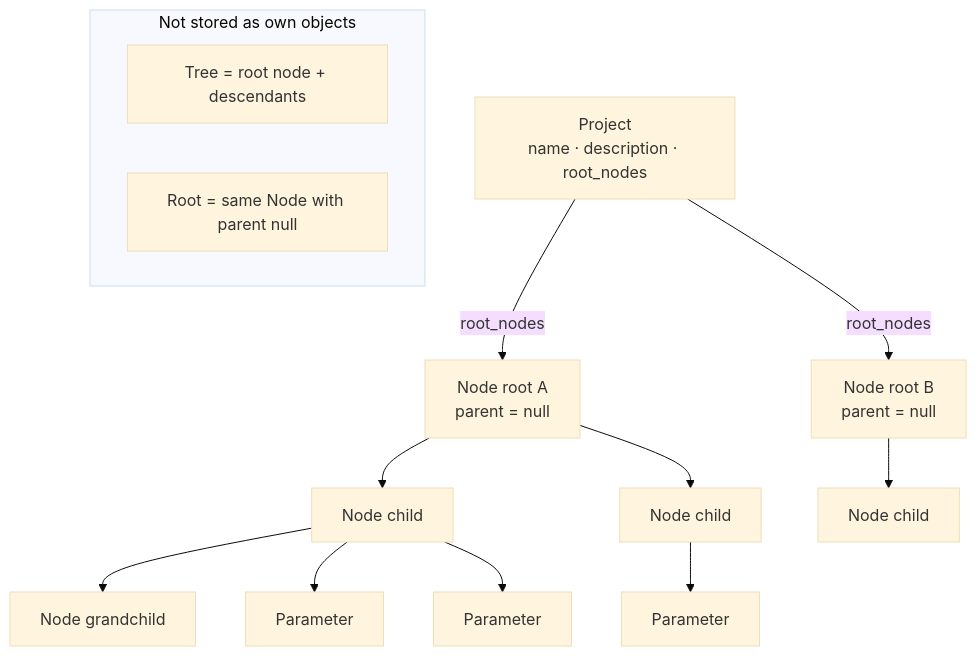
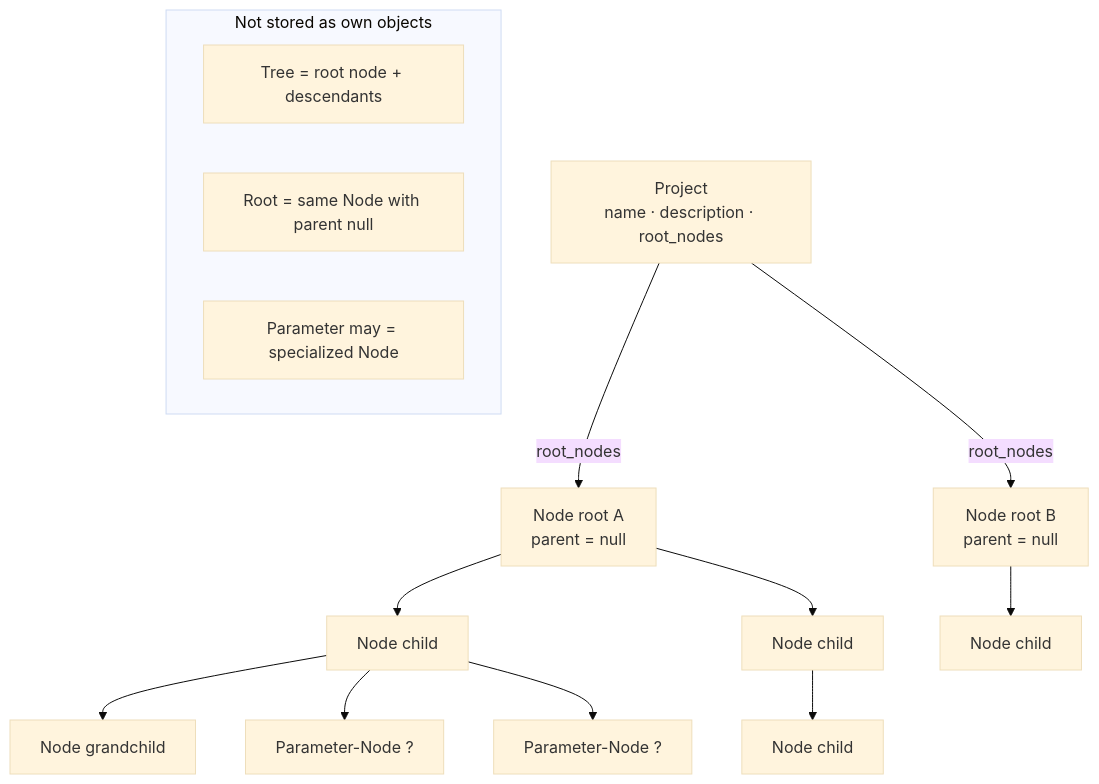
Before and after one commit to sfambach/wp-taxonomy-modeler: the second of 5 diagrams in docs/plans/data-structure.md, drawn with Mermaid (base theme). The commit also changed other lines of this file and 5 other files, not shown here.

First line of the commit message:
docs: lean toward Parameter as specialized Node

````diff
--- a/docs/plans/data-structure.md
+++ b/docs/plans/data-structure.md
@@ -172,21 +173,22 @@
 ```mermaid
 flowchart TB
   PR["Project<br/>name · description · root_nodes"]
 
   PR -->|root_nodes| R1["Node root A<br/>parent = null"]
   PR -->|root_nodes| R2["Node root B<br/>parent = null"]
 
   R1 --> C1["Node child"]
   R1 --> C2["Node child"]
   C1 --> G1["Node grandchild"]
   R2 --> C3["Node child"]
 
-  C1 --> P1[Parameter]
-  C1 --> P2[Parameter]
-  C2 --> P3[Parameter]
+  C1 --> P1["Parameter-Node ?"]
+  C1 --> P2["Parameter-Node ?"]
+  C2 --> P3["Node child"]
 
   subgraph note["Not stored as own objects"]
     T["Tree = root node + descendants"]
     RN["Root = same Node with parent null"]
+    PN["Parameter may = specialized Node"]
   end
 ```
````
